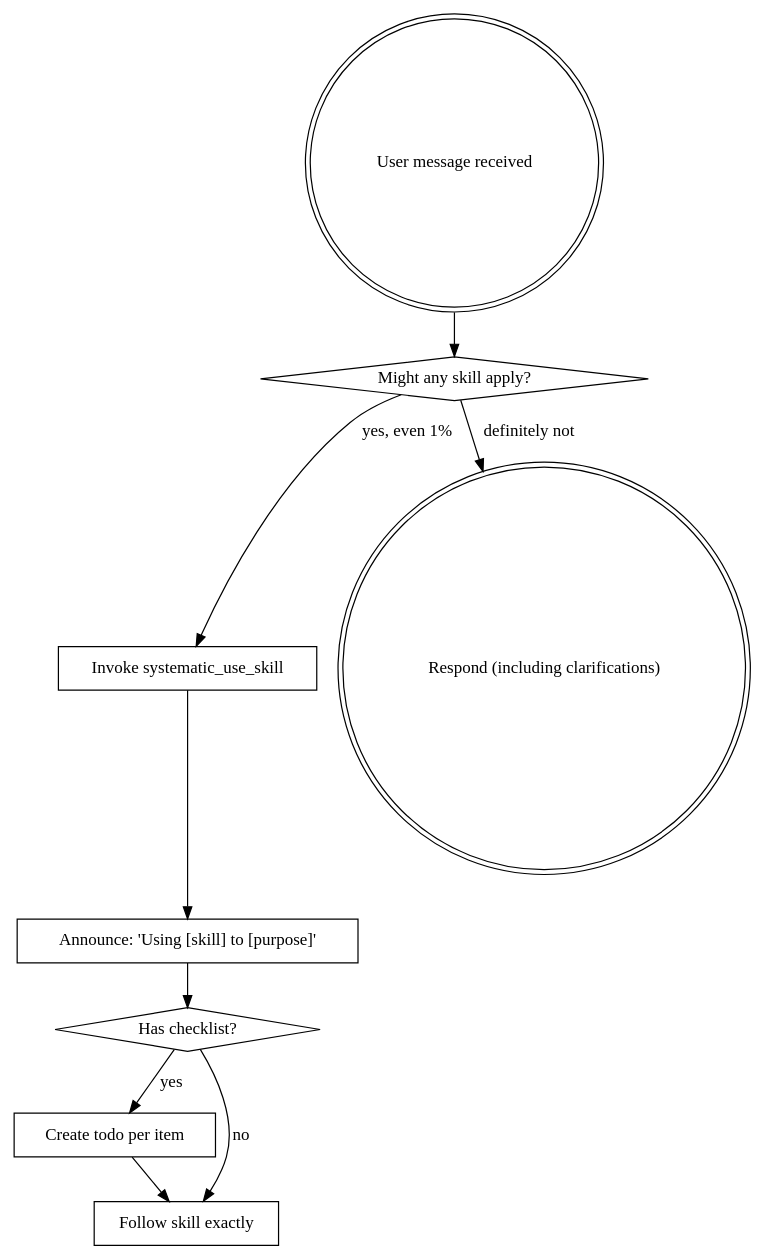
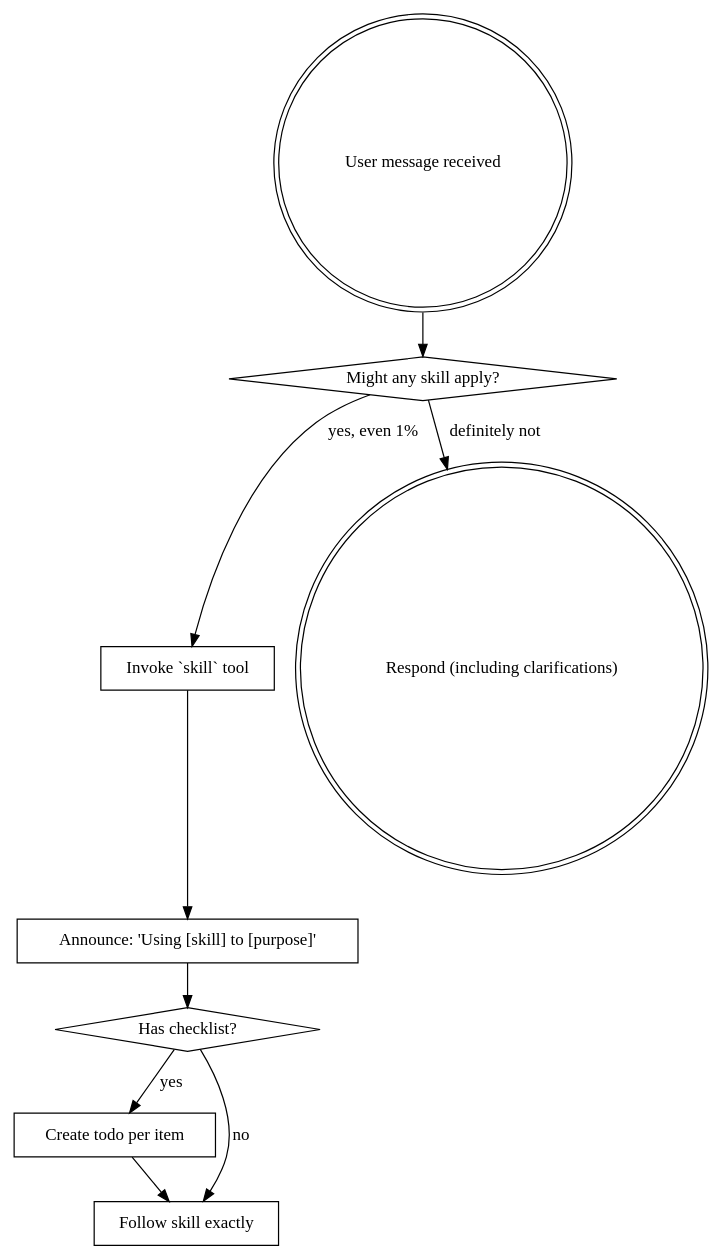
One commit to marcusrbrown/systematic changed the diagram in skills/using-systematic/SKILL.md. Above: the diagram before and after it, drawn with Graphviz. The commit also changed other lines of this file and 10 other files, not shown here.

````diff
--- a/skills/using-systematic/SKILL.md
+++ b/skills/using-systematic/SKILL.md
@@ -26,21 +24,21 @@
 ```dot
 digraph skill_flow {
     "User message received" [shape=doublecircle];
     "Might any skill apply?" [shape=diamond];
-    "Invoke systematic_use_skill" [shape=box];
+    "Invoke `skill` tool" [shape=box];
     "Announce: 'Using [skill] to [purpose]'" [shape=box];
     "Has checklist?" [shape=diamond];
     "Create todo per item" [shape=box];
     "Follow skill exactly" [shape=box];
     "Respond (including clarifications)" [shape=doublecircle];
 
     "User message received" -> "Might any skill apply?";
-    "Might any skill apply?" -> "Invoke systematic_use_skill" [label="yes, even 1%"];
+    "Might any skill apply?" -> "Invoke `skill` tool" [label="yes, even 1%"];
     "Might any skill apply?" -> "Respond (including clarifications)" [label="definitely not"];
-    "Invoke systematic_use_skill" -> "Announce: 'Using [skill] to [purpose]'";
+    "Invoke `skill` tool" -> "Announce: 'Using [skill] to [purpose]'";
     "Announce: 'Using [skill] to [purpose]'" -> "Has checklist?";
     "Has checklist?" -> "Create todo per item" [label="yes"];
     "Has checklist?" -> "Follow skill exactly" [label="no"];
     "Create todo per item" -> "Follow skill exactly";
 }
 ```
````
